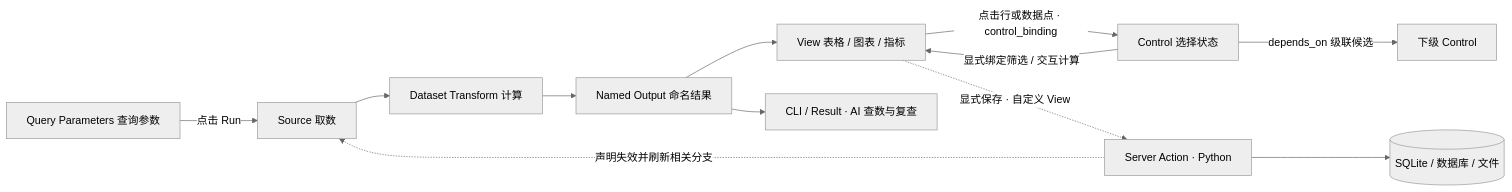
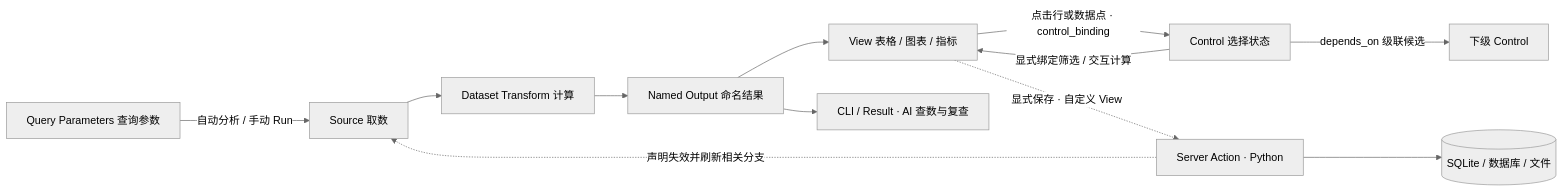
Before and after one commit to AdolHong/dataviz: the diagram in README.md, drawn with Mermaid (neutral theme). The commit also changed other lines of this file and 48 other files, not shown here.

````diff
--- a/README.md
+++ b/README.md
@@ -9,14 +9,14 @@
 ```mermaid
 flowchart LR
-  P[Query Parameters 查询参数] -->|点击 Run| S[Source 取数]
+  P[Query Parameters 查询参数] -->|自动分析 / 手动 Run| S[Source 取数]
   S --> T[Dataset Transform 计算]
   T --> O[Named Output 命名结果]
   O --> V[View 表格 / 图表 / 指标]
   V -->|点击行或数据点 · control_binding| C[Control 选择状态]
   C -->|显式绑定筛选 / 交互计算| V
   C -->|depends_on 级联候选| C2[下级 Control]
   V -.->|显式保存 · 自定义 View| A[Server Action · Python]
   A --> D[(SQLite / 数据库 / 文件)]
   A -.->|声明失效并刷新相关分支| S
   O --> R[CLI / Result · AI 查数与复查]
 ```
````
